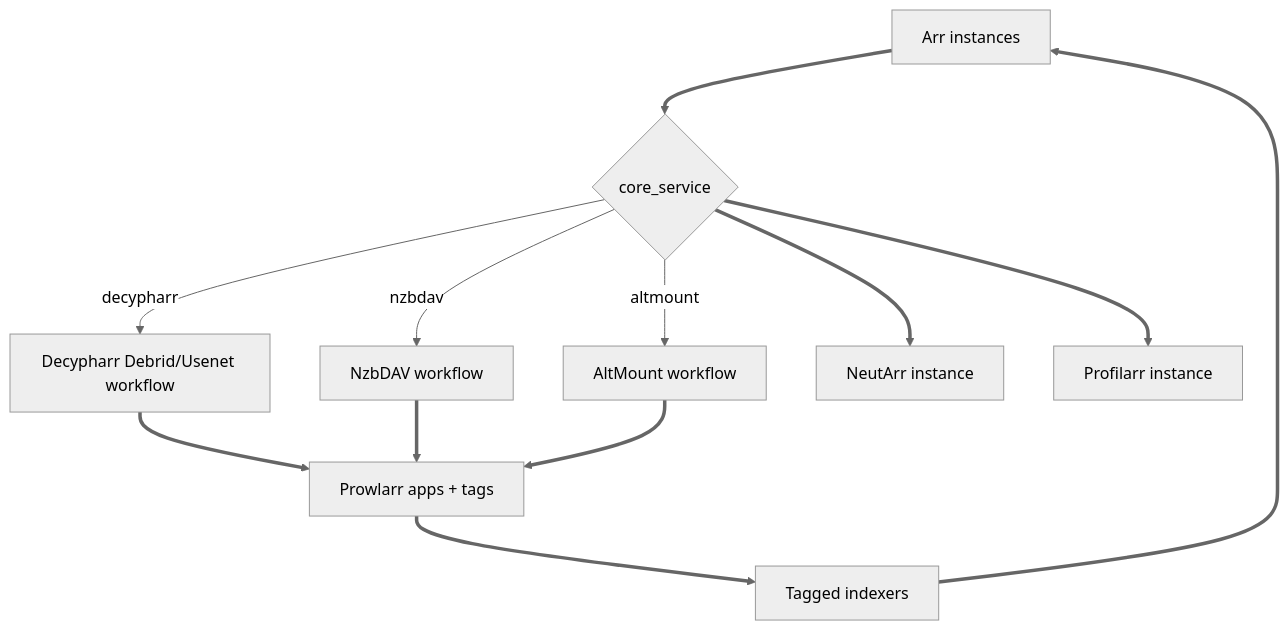
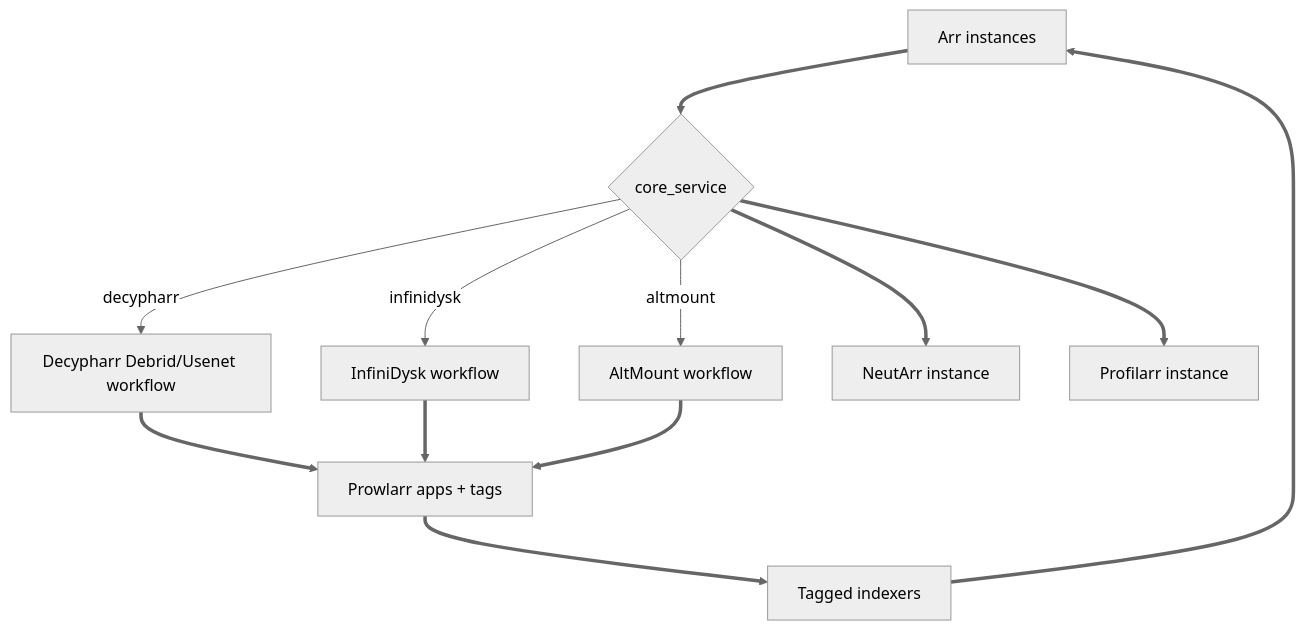
One commit to I-am-PUID-0/DUMB_docs changed the diagram in docs/reference/core-service.md. Above: the diagram before and after it, drawn with Mermaid (neutral theme). The commit also changed other lines of this file and 50 other files, not shown here.

````diff
--- a/docs/reference/core-service.md
+++ b/docs/reference/core-service.md
@@ -27,25 +27,25 @@
 ```mermaid
 %%{ init: { "flowchart": { "curve": "basis" } } }%%
 flowchart TD
     ARR[Arr instances]
     CS{core_service}
     DEC[Decypharr Debrid/Usenet workflow]
-    NZB[NzbDAV workflow]
+    NZB[InfiniDysk workflow]
     ALT[AltMount workflow]
     PROWLARR[Prowlarr apps + tags]
     IDX[Tagged indexers]
     NEUTARR[NeutArr instance]
     PROFILARR[Profilarr instance]
 
     ARR ==> CS
     CS -- decypharr --> DEC
-    CS -- nzbdav --> NZB
+    CS -- infinidysk --> NZB
     CS -- altmount --> ALT
     DEC ==> PROWLARR
     NZB ==> PROWLARR
     ALT ==> PROWLARR
     PROWLARR ==> IDX
     IDX ==> ARR
     CS ==> NEUTARR
     CS ==> PROFILARR
 ```
````
